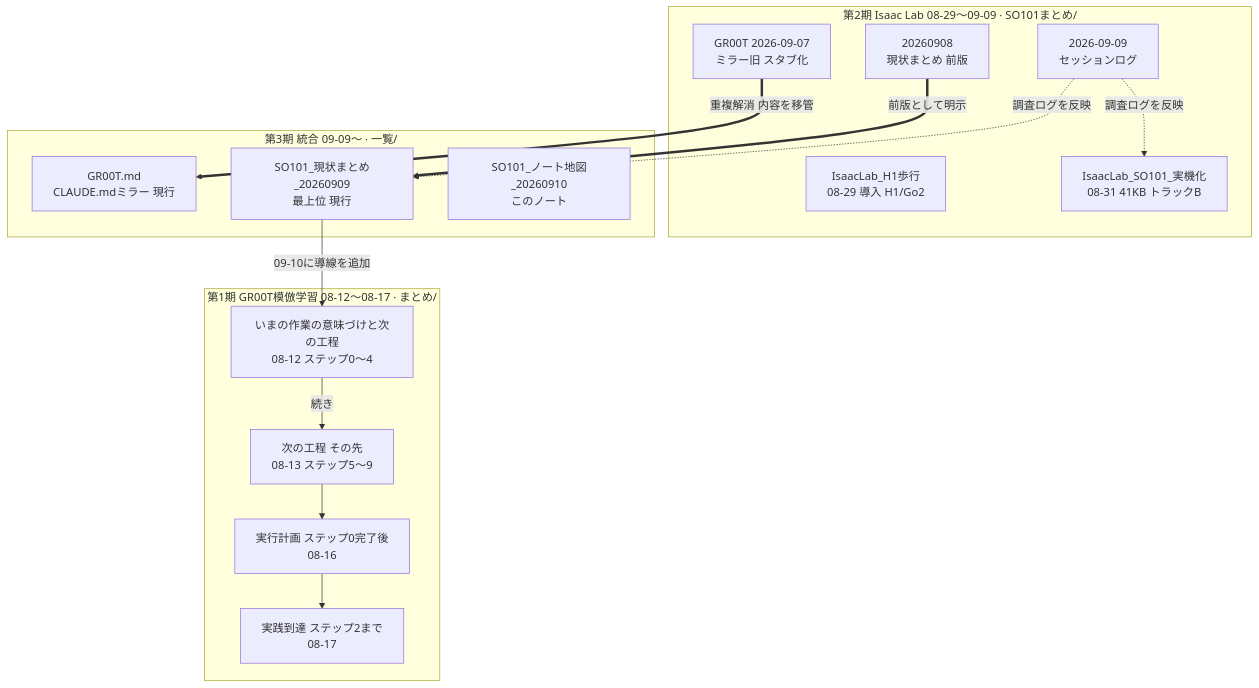
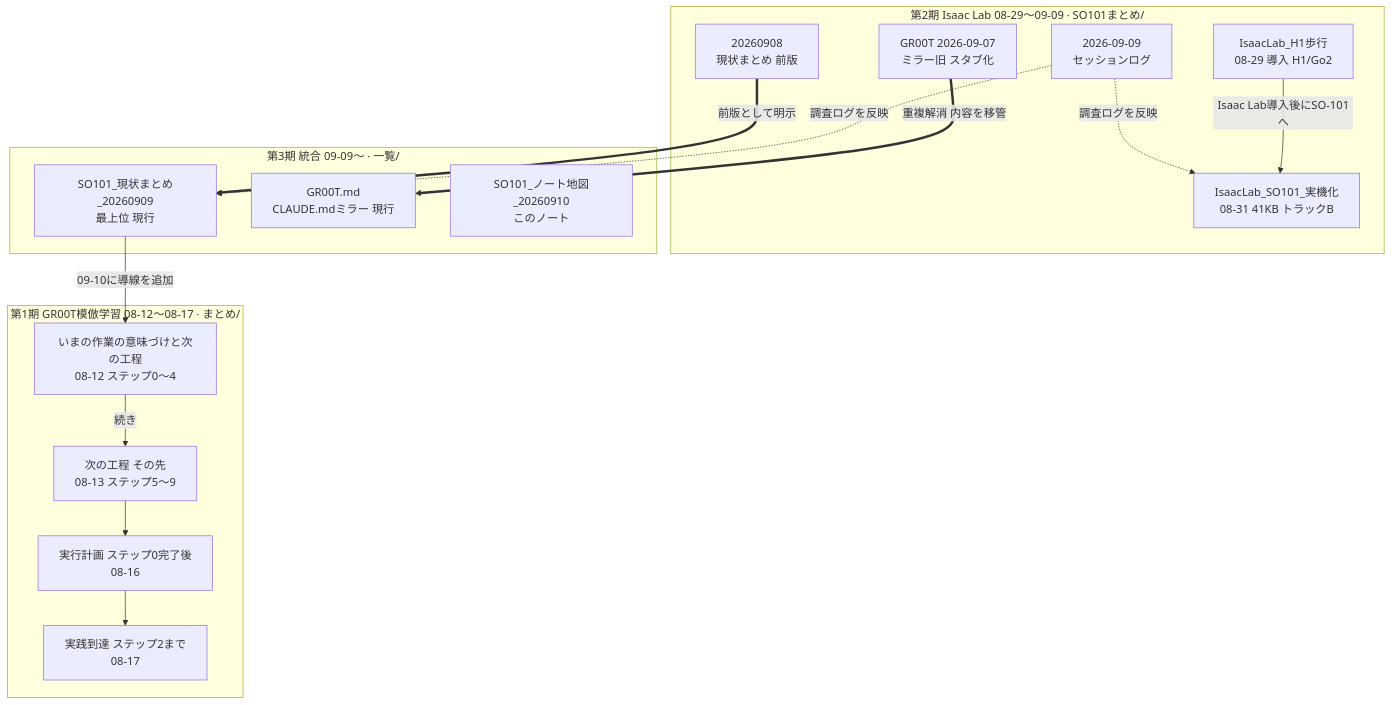
The first of 2 diagrams in 一覧/SO101_ノート地図_20260910.md (kuni10saito/obsidian-vault), drawn with Mermaid before and after one commit. The commit also changed other lines of this file and 2 other files, not shown here.

````diff
--- a/一覧/SO101_ノート地図_20260910.md
+++ b/一覧/SO101_ノート地図_20260910.md
@@ -12,29 +12,30 @@
 ```mermaid
 graph TD
     subgraph P1["第1期 GR00T模倣学習 08-12〜08-17 · まとめ/"]
         M1["いまの作業の意味づけと次の工程<br/>08-12 ステップ0〜4"]
         M2["次の工程 その先<br/>08-13 ステップ5〜9"]
         M3["実行計画 ステップ0完了後<br/>08-16"]
         M4["実践到達 ステップ2まで<br/>08-17"]
     end
     subgraph P2["第2期 Isaac Lab 08-29〜09-09 · SO101まとめ/"]
         H1["IsaacLab_H1歩行<br/>08-29 導入 H1/Go2"]
         JK["IsaacLab_SO101_実機化<br/>08-31 41KB トラックB"]
         G7["GR00T 2026-09-07<br/>ミラー旧 スタブ化"]
         D8["20260908<br/>現状まとめ 前版"]
         S9["2026-09-09<br/>セッションログ"]
     end
     subgraph P3["第3期 統合 09-09〜 · 一覧/"]
         NOW["SO101_現状まとめ_20260909<br/>最上位 現行"]
         GN["GR00T.md<br/>CLAUDE.mdミラー 現行"]
         MAP["SO101_ノート地図_20260910<br/>このノート"]
     end
     M1 -->|続き| M2
     M2 --> M3
     M3 --> M4
     D8 ==>|前版として明示| NOW
     G7 ==>|重複解消 内容を移管| GN
     S9 -.->|調査ログを反映| NOW
     S9 -.->|調査ログを反映| JK
+    H1 -->|Isaac Lab導入後にSO-101へ| JK
     NOW -->|09-10に導線を追加| M1
 ```
````
